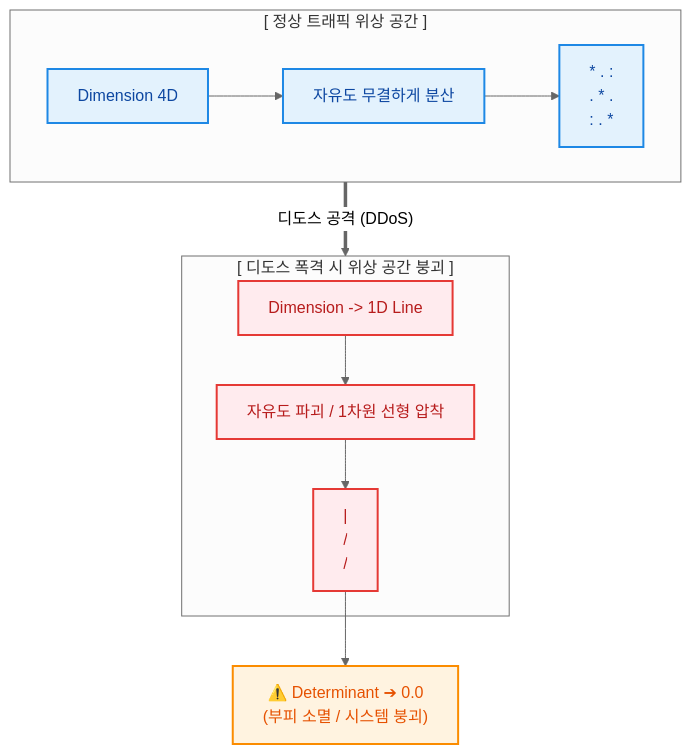
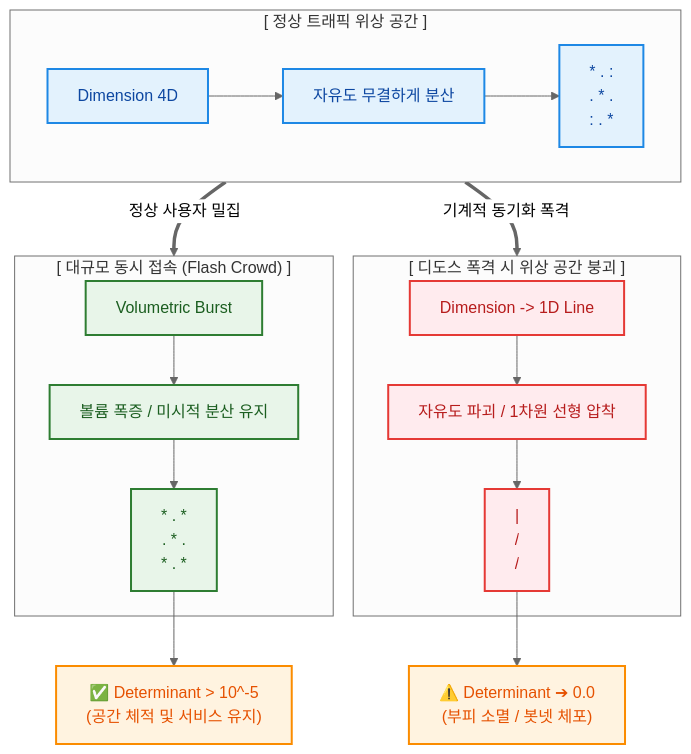
Before and after one commit to PJHkorea/homeostasis-ingress-firewall: the second of 2 diagrams in docs/ARCHITECTURE.md, drawn with Mermaid (neutral theme). The commit also changed other lines of this file, not shown here.

````diff
--- a/docs/ARCHITECTURE.md
+++ b/docs/ARCHITECTURE.md
@@ -70,27 +84,39 @@
 ```mermaid
 graph TD
     classDef normal fill:#e3f2fd,stroke:#1e88e5,stroke-width:2px,color:#0d47a1;
+    classDef flash fill:#e8f5e9,stroke:#2e7d32,stroke-width:2px,color:#1b5e20;
     classDef attack fill:#ffebee,stroke:#e53935,stroke-width:2px,color:#b71c1c;
     classDef Highlight fill:#fff3e0,stroke:#fb8c00,stroke-width:2px,color:#e65100;
 
     subgraph Normal ["[ 정상 트래픽 위상 공간 ]"]
         N1[Dimension 4D]
         N2[자유도 무결하게 분산]
         N_Space["*  .  :<br>.  *  .<br>:  .  *"]
         N1 --> N2 --> N_Space
     end
 
+    subgraph Flash ["[ 대규모 동시 접속 (Flash Crowd) ]"]
+        F1[Volumetric Burst]
+        F2[볼륨 폭증 / 미시적 분산 유지]
+        F_Space["* . *<br>. * .<br>* . *"]
+        F1 --> F2 --> F_Space
+    end
+
     subgraph Attack ["[ 디도스 폭격 시 위상 공간 붕괴 ]"]
         A1[Dimension -> 1D Line]
         A2[자유도 파괴 / 1차원 선형 압착]
         A_Space["|<br>/<br>/"]
         A1 --> A2 --> A_Space
     end
 
-    Normal == "디도스 공격 (DDoS)" ==> Attack
-    A_Space --> Det["⚠️ Determinant ➔ 0.0<br>(부피 소멸 / 시스템 붕괴)"]
+    Normal == "정상 사용자 밀집" ==> Flash
+    Normal == "기계적 동기화 폭격" ==> Attack
+    
+    F_Space --> Det_Safe["✅ Determinant > 10^-5<br>(공간 체적 및 서비스 유지)"]
+    A_Space --> Det_Crash["⚠️ Determinant ➔ 0.0<br>(부피 소멸 / 봇넷 체포)"]
 
     class N1,N2,N_Space normal;
+    class F1,F2,F_Space flash;
     class A1,A2,A_Space attack;
-    class Det Highlight;
+    class Det_Safe,Det_Crash Highlight;
 ```
````
